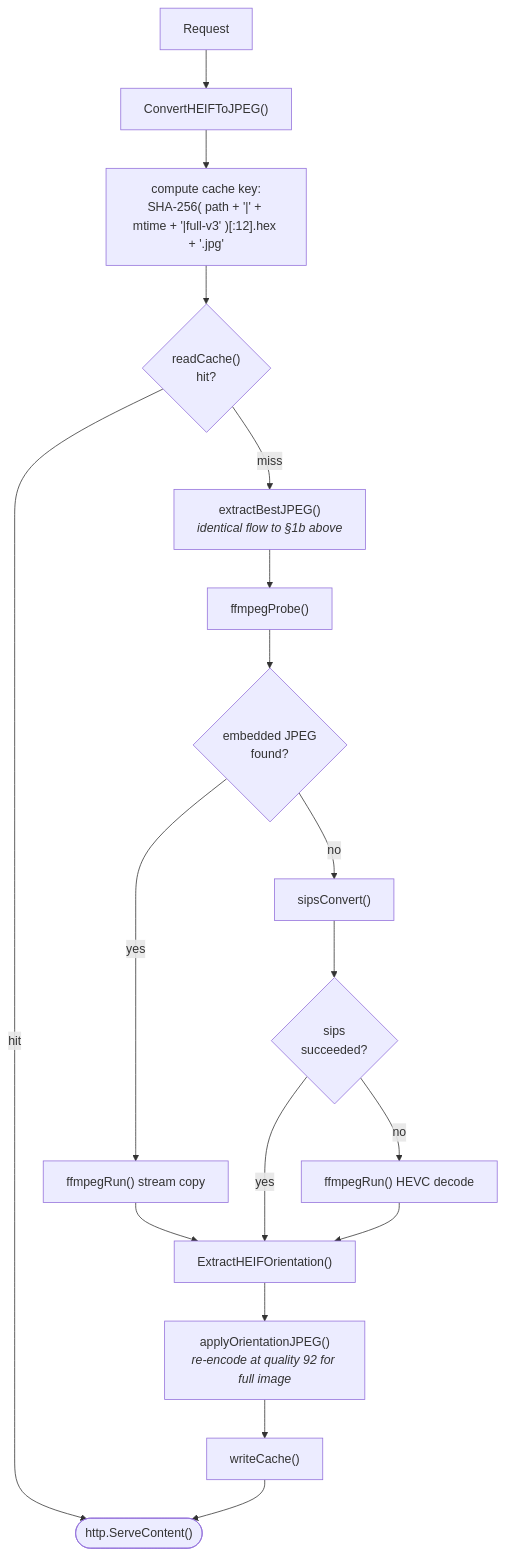
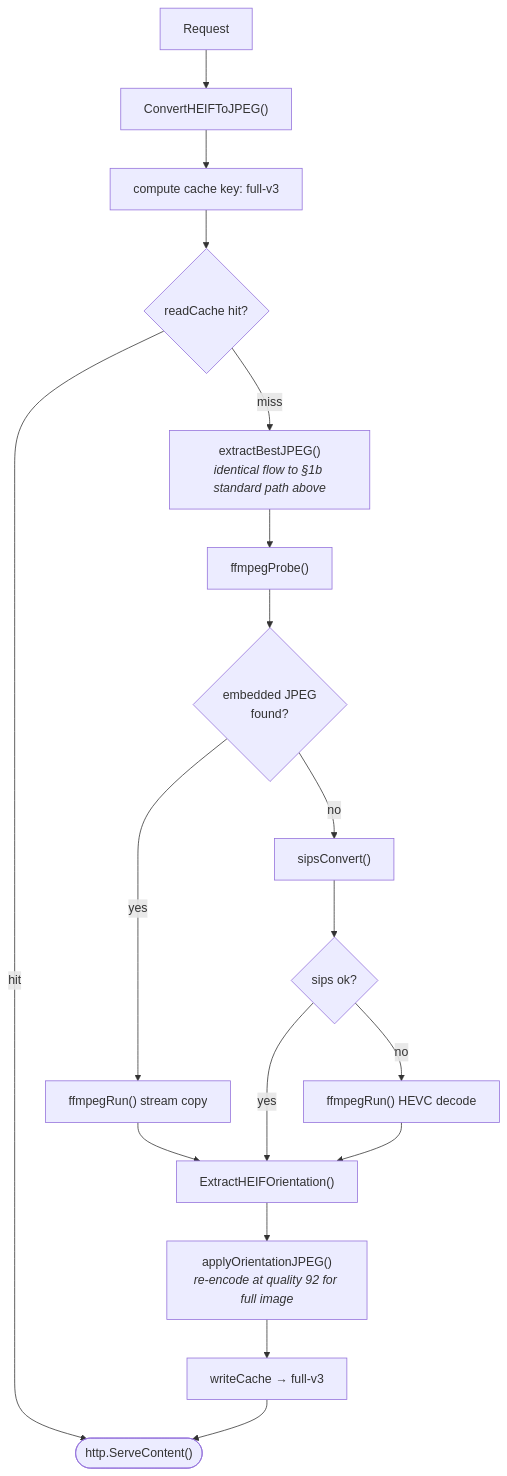
The sixth of 6 diagrams in doc/architecture/image-processing-flow.md (bjblazko/unterlumen), drawn with Mermaid before and after one commit. The commit also changed other lines of this file and 8 other files, not shown here.

````diff
--- a/doc/architecture/image-processing-flow.md
+++ b/doc/architecture/image-processing-flow.md
@@ -87,25 +140,25 @@
 ```mermaid
 flowchart TD
     A[Request] --> B["ConvertHEIFToJPEG()"]
-    B --> C["compute cache key:<br/>SHA-256( path + '|' + mtime + '|full-v3' )[:12].hex + '.jpg'"]
-    C --> D{"readCache()<br/>hit?"}
-    D -- "hit" --> SERVE
+    B --> C["compute cache key: full-v3"]
+    C --> D{readCache hit?}
+    D -- hit --> SERVE
 
-    D -- "miss" --> E["extractBestJPEG()<br/><i>identical flow to §1b above</i>"]
+    D -- miss --> E["extractBestJPEG()<br/><i>identical flow to §1b standard path above</i>"]
     E --> F["ffmpegProbe()"]
     F --> G{"embedded JPEG<br/>found?"}
-    G -- "yes" --> H["ffmpegRun() stream copy"]
-    G -- "no" --> I["sipsConvert()"]
-    I --> J{"sips<br/>succeeded?"}
-    J -- "yes" --> ORIENT
-    J -- "no" --> K["ffmpegRun() HEVC decode"]
+    G -- yes --> H["ffmpegRun() stream copy"]
+    G -- no --> I["sipsConvert()"]
+    I --> J{sips ok?}
+    J -- yes --> ORIENT
+    J -- no --> K["ffmpegRun() HEVC decode"]
     H --> ORIENT
     K --> ORIENT
 
     ORIENT["ExtractHEIFOrientation()"]
     ORIENT --> ORI2["applyOrientationJPEG()<br/><i>re-encode at quality 92 for full image</i>"]
-    ORI2 --> CACHE["writeCache()"]
+    ORI2 --> CACHE["writeCache → full-v3"]
     CACHE --> SERVE
 
     SERVE(["http.ServeContent()"])
 ```
````
